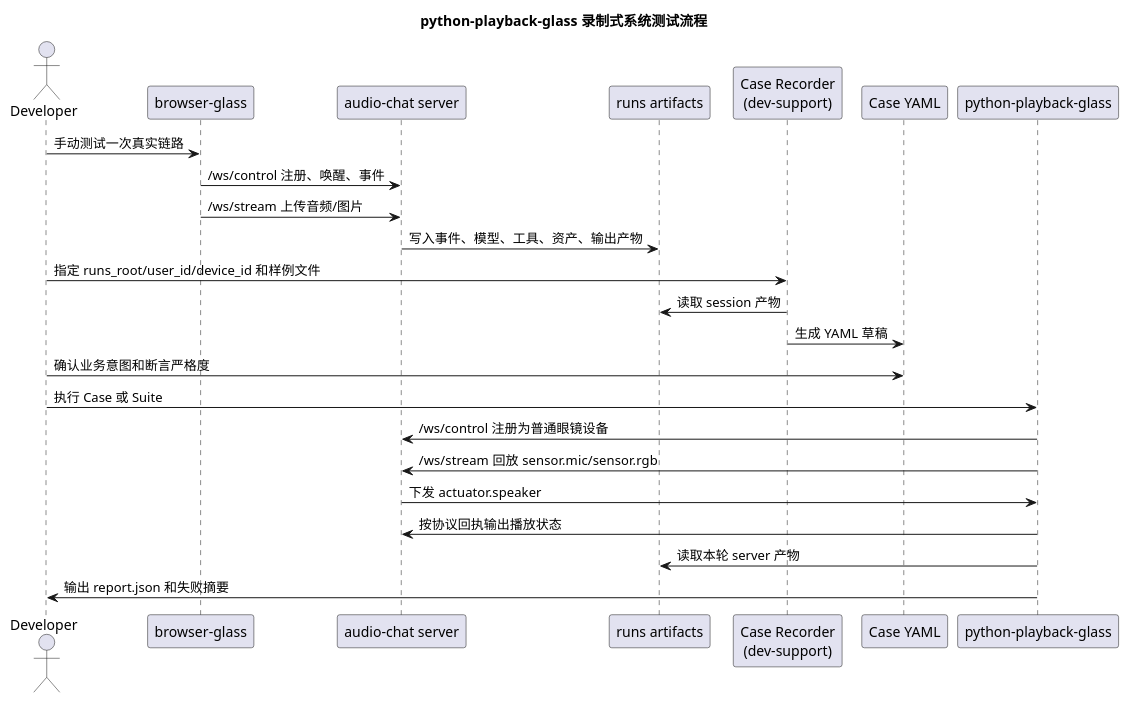
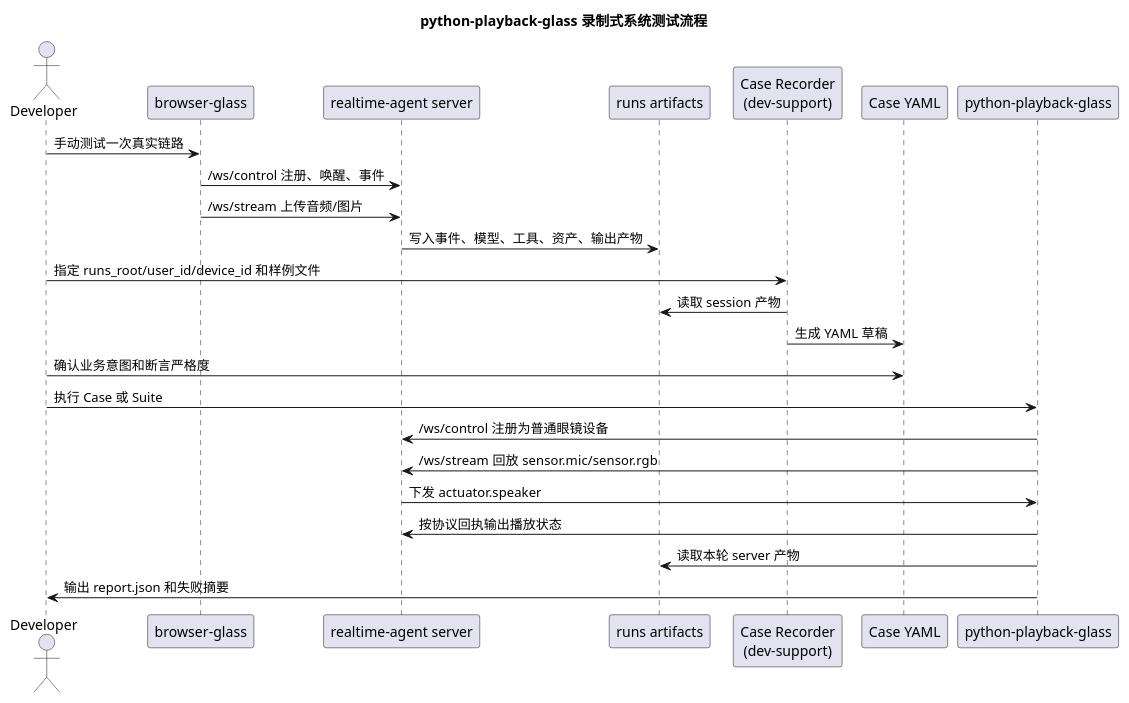
One commit to HengeLiu/RealtimeAgent changed the diagram in examples/dev-support/docs/system-test-recording-design.md. Above: the diagram before and after it, drawn with PlantUML. The commit also changed other lines of this file and 488 other files, not shown here.

````diff
--- a/examples/dev-support/docs/system-test-recording-design.md
+++ b/examples/dev-support/docs/system-test-recording-design.md
@@ -68,29 +68,29 @@
 ```plantuml
 @startuml
 title python-playback-glass 录制式系统测试流程
 
 actor Developer as Dev
 participant "browser-glass" as Browser
-participant "audio-chat server" as Server
+participant "realtime-agent server" as Server
 participant "runs artifacts" as Runs
 participant "Case Recorder\n(dev-support)" as Recorder
 participant "Case YAML" as Case
 participant "python-playback-glass" as Playback
 
 Dev -> Browser: 手动测试一次真实链路
 Browser -> Server: /ws/control 注册、唤醒、事件
 Browser -> Server: /ws/stream 上传音频/图片
 Server -> Runs: 写入事件、模型、工具、资产、输出产物
 Dev -> Recorder: 指定 runs_root/user_id/device_id 和样例文件
 Recorder -> Runs: 读取 session 产物
 Recorder -> Case: 生成 YAML 草稿
 Dev -> Case: 确认业务意图和断言严格度
 Dev -> Playback: 执行 Case 或 Suite
 Playback -> Server: /ws/control 注册为普通眼镜设备
 Playback -> Server: /ws/stream 回放 sensor.mic/sensor.rgb
 Server -> Playback: 下发 actuator.speaker
 Playback -> Server: 按协议回执输出播放状态
 Playback -> Runs: 读取本轮 server 产物
 Playback -> Dev: 输出 report.json 和失败摘要
 @enduml
 ```
````
